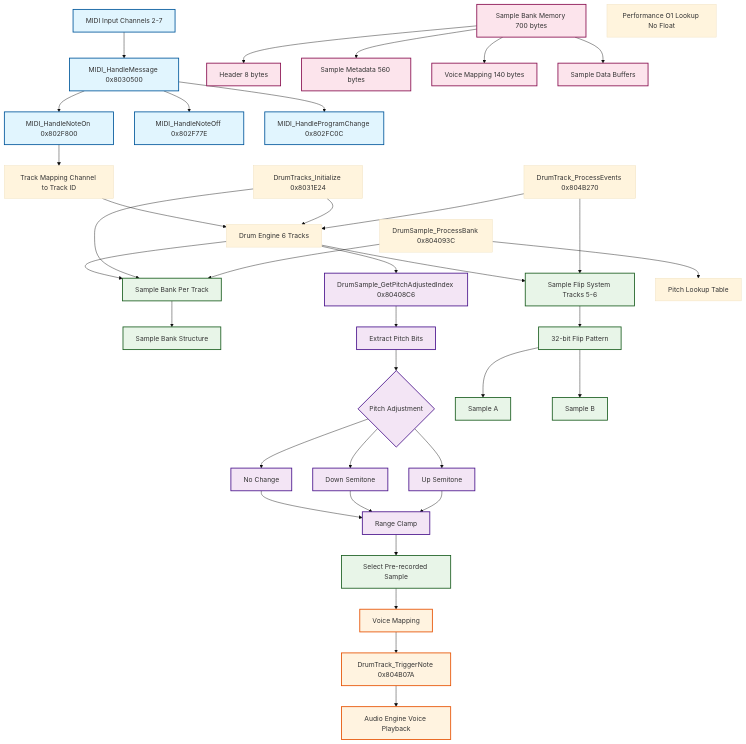
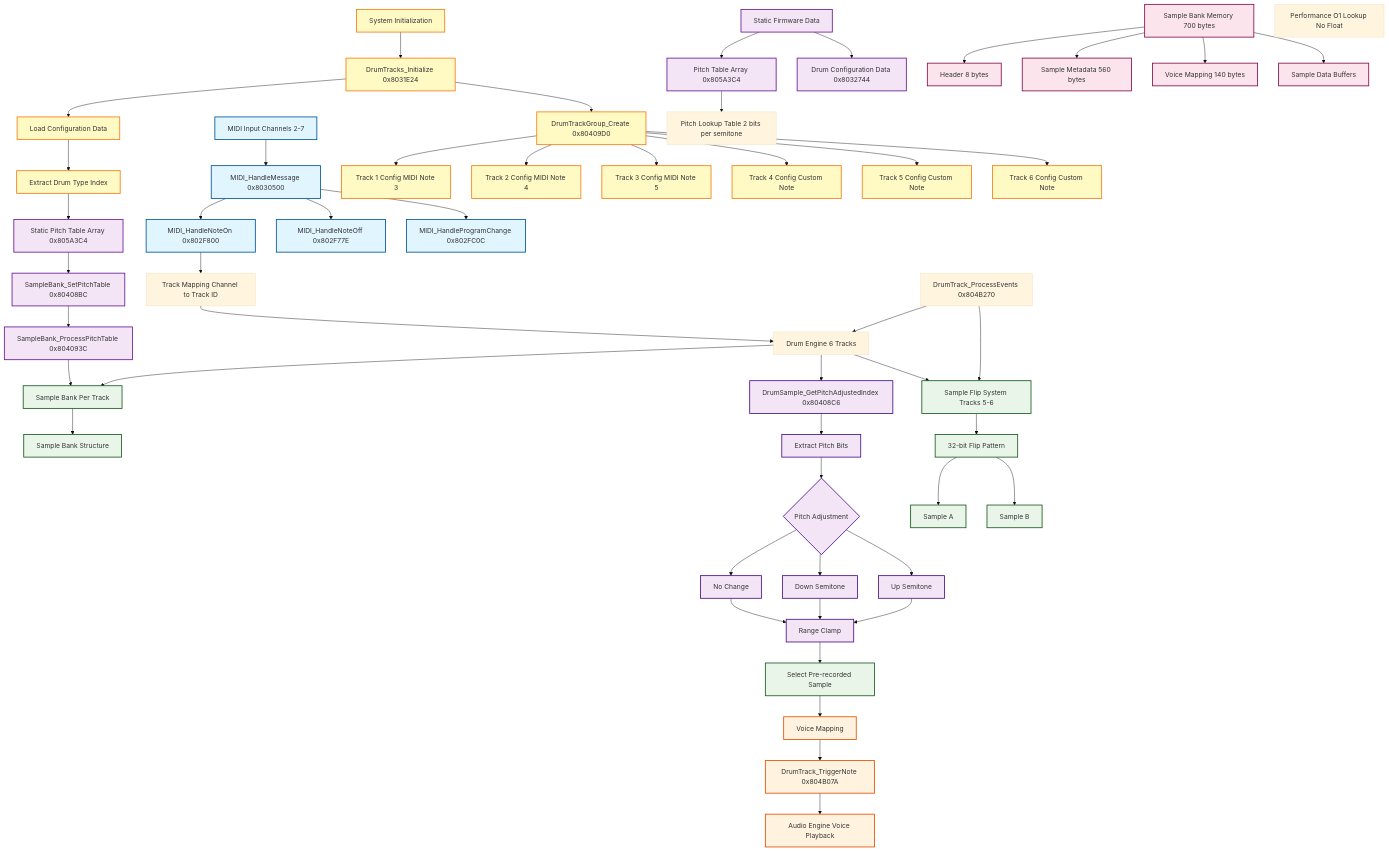
One commit to Ondrysak/ncstool changed the diagram in circuit_tracks_pitch_shifting_diagram.mmd. Above: the diagram before and after it, drawn with Mermaid (base theme). The commit also changed 1 other file, not shown here.

```diff
--- a/circuit_tracks_pitch_shifting_diagram.mmd
+++ b/circuit_tracks_pitch_shifting_diagram.mmd
@@ -1,77 +1,98 @@
 graph TD
+    %% System Initialization Layer
+    SystemInit[System Initialization] --> DrumInit[DrumTracks_Initialize 0x8031E24]
+    DrumInit --> ConfigData[Load Configuration Data]
+    ConfigData --> DrumTypeData[Extract Drum Type Index]
+
+    %% Pitch Table Creation
+    DrumTypeData --> PitchTableLookup[Static Pitch Table Array 0x805A3C4]
+    PitchTableLookup --> SetPitchTable[SampleBank_SetPitchTable 0x80408BC]
+    SetPitchTable --> ProcessTable[SampleBank_ProcessPitchTable 0x804093C]
+    ProcessTable --> SampleBank[Sample Bank Per Track]
+
     %% MIDI Input Layer
     MIDI[MIDI Input Channels 2-7] --> MIDIHandler[MIDI_HandleMessage 0x8030500]
-    
+
     %% MIDI Message Processing
     MIDIHandler --> NoteOn[MIDI_HandleNoteOn 0x802F800]
     MIDIHandler --> NoteOff[MIDI_HandleNoteOff 0x802F77E]
     MIDIHandler --> ProgChange[MIDI_HandleProgramChange 0x802FC0C]
-    
+
     %% Track Mapping
     NoteOn --> TrackMap[Track Mapping Channel to Track ID]
     TrackMap --> DrumEngine[Drum Engine 6 Tracks]
     
     %% Sample Bank System
-    DrumEngine --> SampleBank[Sample Bank Per Track]
+    DrumEngine --> SampleBank
     SampleBank --> BankStruct[Sample Bank Structure]
     
     %% Pitch Processing Core
     DrumEngine --> PitchCalc[DrumSample_GetPitchAdjustedIndex 0x80408C6]
     PitchCalc --> PitchBits[Extract Pitch Bits]
     PitchBits --> PitchLogic{Pitch Adjustment}
     
     PitchLogic --> NoChange[No Change]
     PitchLogic --> SemitoneDown[Down Semitone]
     PitchLogic --> SemitoneUp[Up Semitone]
     
     NoChange --> Clamp[Range Clamp]
     SemitoneDown --> Clamp
     SemitoneUp --> Clamp
     
     %% Sample Selection
     Clamp --> SampleSelect[Select Pre-recorded Sample]
     SampleSelect --> VoiceMap[Voice Mapping]
     
     %% Audio Output
     VoiceMap --> TriggerVoice[DrumTrack_TriggerNote 0x804B07A]
     TriggerVoice --> AudioEngine[Audio Engine Voice Playback]
     
     %% Sample Flip System
     DrumEngine --> SampleFlip[Sample Flip System Tracks 5-6]
     SampleFlip --> FlipPattern[32-bit Flip Pattern]
     FlipPattern --> SampleA[Sample A]
     FlipPattern --> SampleB[Sample B]
     
-    %% Initialization System
-    Init[DrumTracks_Initialize 0x8031E24] --> DrumEngine
-    Init --> SampleBank
-    
+    %% Drum Track Group Creation
+    DrumInit --> DrumGroupCreate[DrumTrackGroup_Create 0x80409D0]
+    DrumGroupCreate --> TrackConfig1[Track 1 Config MIDI Note 3]
+    DrumGroupCreate --> TrackConfig2[Track 2 Config MIDI Note 4]
+    DrumGroupCreate --> TrackConfig3[Track 3 Config MIDI Note 5]
+    DrumGroupCreate --> TrackConfig4[Track 4 Config Custom Note]
+    DrumGroupCreate --> TrackConfig5[Track 5 Config Custom Note]
+    DrumGroupCreate --> TrackConfig6[Track 6 Config Custom Note]
+
     %% Event Processing
     EventProc[DrumTrack_ProcessEvents 0x804B270] --> DrumEngine
     EventProc --> SampleFlip
-    
-    %% Sample Bank Processing
-    BankProc[DrumSample_ProcessBank 0x804093C] --> SampleBank
-    BankProc --> PitchTable[Pitch Lookup Table]
+
+    %% Static Data Tables
+    StaticTables[Static Firmware Data] --> PitchTableArray[Pitch Table Array 0x805A3C4]
+    StaticTables --> DrumConfigData[Drum Configuration Data 0x8032744]
+    PitchTableArray --> PitchTable[Pitch Lookup Table 2 bits per semitone]
     
     %% Memory Layout
     Memory[Sample Bank Memory 700 bytes] --> Header[Header 8 bytes]
     Memory --> Metadata[Sample Metadata 560 bytes]
     Memory --> VoiceTable[Voice Mapping 140 bytes]
     Memory --> SampleData[Sample Data Buffers]
     
     %% Performance
     Performance[Performance O1 Lookup No Float]
     
     %% Styling
+    classDef initClass fill:#fff9c4,stroke:#f57f17,stroke-width:2px
     classDef midiClass fill:#e1f5fe,stroke:#01579b,stroke-width:2px
     classDef coreClass fill:#f3e5f5,stroke:#4a148c,stroke-width:2px
     classDef sampleClass fill:#e8f5e8,stroke:#1b5e20,stroke-width:2px
     classDef audioClass fill:#fff3e0,stroke:#e65100,stroke-width:2px
     classDef memoryClass fill:#fce4ec,stroke:#880e4f,stroke-width:2px
-    
+    classDef staticClass fill:#f3e5f5,stroke:#6a1b9a,stroke-width:2px
+
+    class SystemInit,DrumInit,ConfigData,DrumTypeData,DrumGroupCreate,TrackConfig1,TrackConfig2,TrackConfig3,TrackConfig4,TrackConfig5,TrackConfig6 initClass
     class MIDI,MIDIHandler,NoteOn,NoteOff,ProgChange midiClass
     class PitchCalc,PitchBits,PitchLogic,NoChange,SemitoneDown,SemitoneUp,Clamp coreClass
     class SampleBank,BankStruct,SampleSelect,SampleFlip,FlipPattern,SampleA,SampleB sampleClass
     class TriggerVoice,AudioEngine,VoiceMap audioClass
     class Memory,Header,Metadata,VoiceTable,SampleData memoryClass
+    class StaticTables,PitchTableArray,DrumConfigData,PitchTableLookup,SetPitchTable,ProcessTable staticClass
```
